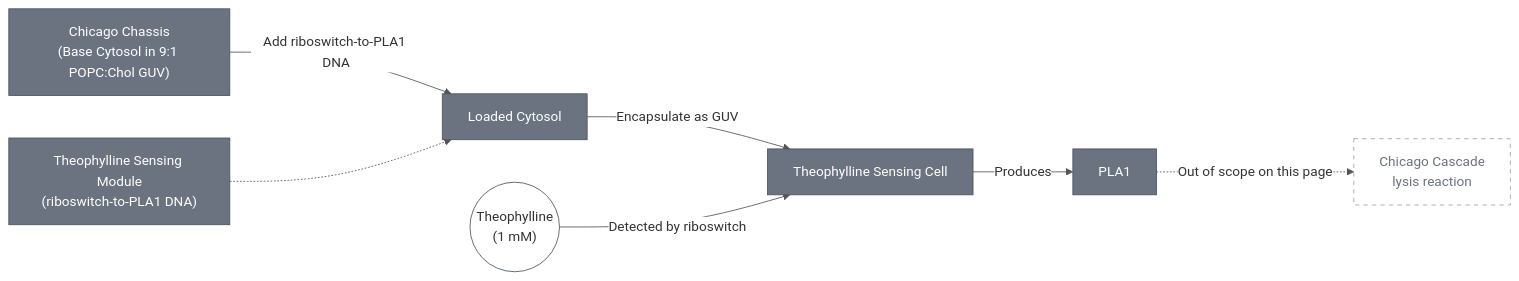
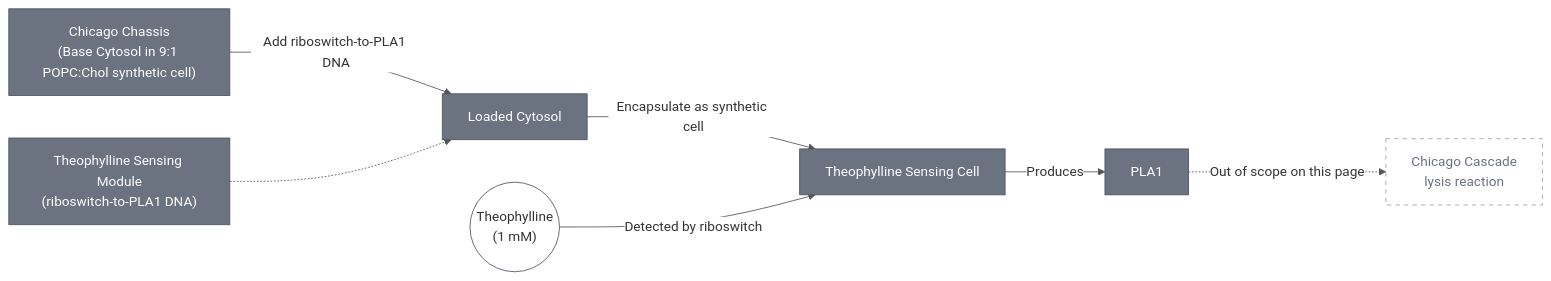
Before and after one commit to nucleus-eng/nucleus-docs: the diagram in docs/modules/theophylline-sensing-cell/spec.md, drawn with Mermaid. The commit also changed other lines of this file and 32 other files, not shown here.

````diff
--- a/docs/modules/theophylline-sensing-cell/spec.md
+++ b/docs/modules/theophylline-sensing-cell/spec.md
@@ -26,18 +28,18 @@
 ```{mermaid}
 %%{init: {'theme': 'base', 'themeVariables': {'lineColor': '#555555', 'edgeLabelBackground': '#ffffff'}}}%%
 flowchart LR
-    Chassis["Chicago Chassis\n(Base Cytosol in 9:1 POPC:Chol GUV)"] -->|"Add riboswitch-to-PLA1 DNA"| Cytosol["Loaded Cytosol"]
+    Chassis["Chicago Chassis\n(Base Cytosol in 9:1 POPC:Chol synthetic cell)"] -->|"Add riboswitch-to-PLA1 DNA"| Cytosol["Loaded Cytosol"]
     Module["Theophylline Sensing Module\n(riboswitch-to-PLA1 DNA)"] -.-> Cytosol
-    Cytosol -->|"Encapsulate as GUV"| SensingCell["Theophylline Sensing Cell"]
+    Cytosol -->|"Encapsulate as synthetic cell"| SensingCell["Theophylline Sensing Cell"]
     Theo(("Theophylline\n(1 mM)")) -->|"Detected by riboswitch"| SensingCell
     SensingCell -->|"Produces"| PLA1["PLA1"]
     PLA1 -.->|"Out of scope on this page"| Cascade["Chicago Cascade\nlysis reaction"]
 
     style Chassis fill:#6B7280,color:#ffffff,stroke:#4B5563
     style Module fill:#6B7280,color:#ffffff,stroke:#4B5563
     style Cytosol fill:#6B7280,color:#ffffff,stroke:#4B5563
     style SensingCell fill:#6B7280,color:#ffffff,stroke:#4B5563
     style Theo fill:none,stroke:#4B5563
     style PLA1 fill:#6B7280,color:#ffffff,stroke:#4B5563
     style Cascade fill:none,stroke:#9CA3AF,color:#6B7280,stroke-dasharray: 5 5
 ```
````
